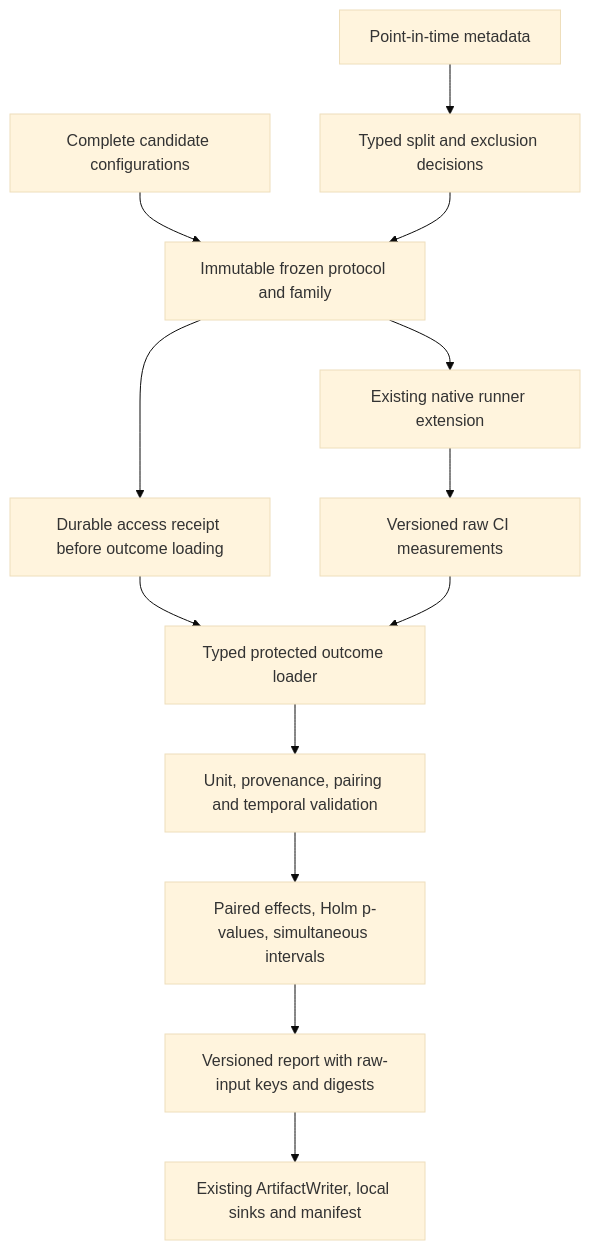
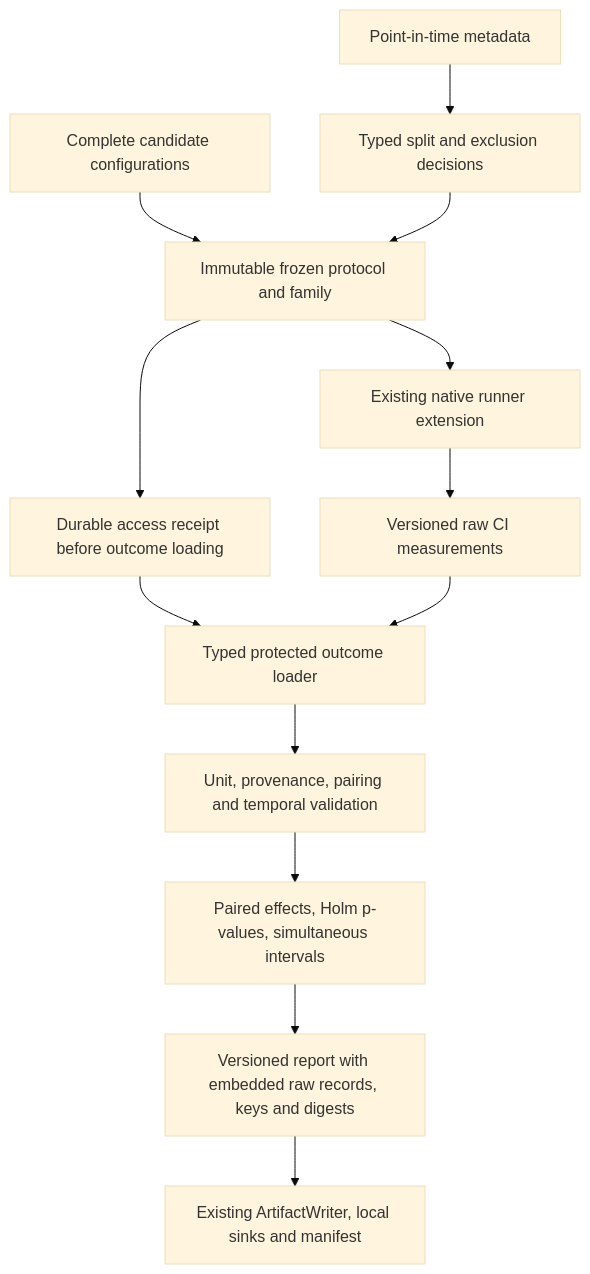
One commit to jacksonpradolima/coleman4hcs changed the diagram in docs/protected-evaluation.md. Above: the diagram before and after it, drawn with Mermaid (base theme). The commit also changed other lines of this file and 8 other files, not shown here.

````diff
--- a/docs/protected-evaluation.md
+++ b/docs/protected-evaluation.md
@@ -127,15 +133,15 @@
 ```mermaid
 flowchart TD
     Metadata[Point-in-time metadata] --> Split[Typed split and exclusion decisions]
     Candidates[Complete candidate configurations] --> Freeze[Immutable frozen protocol and family]
     Split --> Freeze
     Freeze --> Runner[Existing native runner extension]
     Runner --> Records[Versioned raw CI measurements]
     Freeze --> Reserve[Durable access receipt before outcome loading]
     Reserve --> Load[Typed protected outcome loader]
     Records --> Load
     Load --> Check[Unit, provenance, pairing and temporal validation]
     Check --> Compare[Paired effects, Holm p-values, simultaneous intervals]
-    Compare --> Report[Versioned report with raw-input keys and digests]
+    Compare --> Report[Versioned report with embedded raw records, keys and digests]
     Report --> Artifacts[Existing ArtifactWriter, local sinks and manifest]
 ```
````
